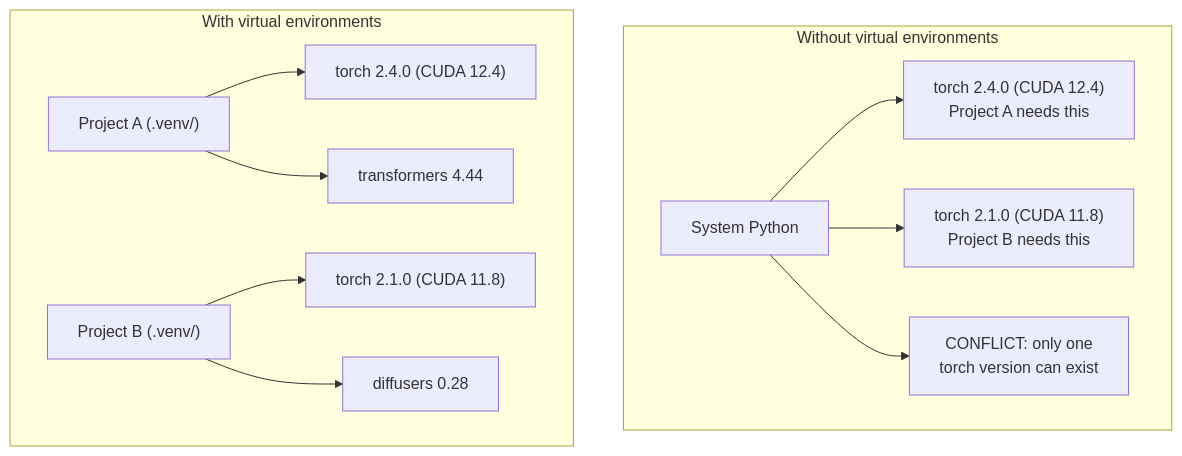
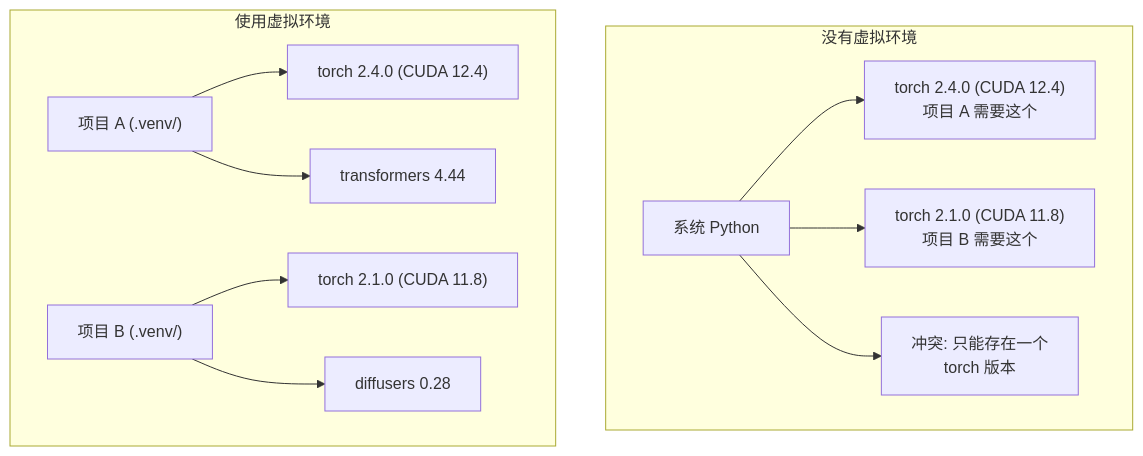
One commit to JerryC8080/ai-engineering-from-scratch-zh changed the diagram in phases/00-setup-and-tooling/06-python-environments/docs/zh.md. Above: the diagram before and after it, drawn with Mermaid. The commit also changed 156 other files, not shown here.

First line of the commit message:
i18n(zh): translate mermaid diagram labels in 157 lesson zh.md

````diff
--- a/phases/00-setup-and-tooling/06-python-environments/docs/zh.md
+++ b/phases/00-setup-and-tooling/06-python-environments/docs/zh.md
@@ -34,15 +34,15 @@
 ```mermaid
 graph TD
-    subgraph without["Without virtual environments"]
-        SP[System Python] --> T24["torch 2.4.0 (CUDA 12.4)\nProject A needs this"]
-        SP --> T21["torch 2.1.0 (CUDA 11.8)\nProject B needs this"]
-        SP --> CONFLICT["CONFLICT: only one\ntorch version can exist"]
+    subgraph without["没有虚拟环境"]
+        SP[系统 Python] --> T24["torch 2.4.0 (CUDA 12.4)\n项目 A 需要这个"]
+        SP --> T21["torch 2.1.0 (CUDA 11.8)\n项目 B 需要这个"]
+        SP --> CONFLICT["冲突: 只能存在一个\ntorch 版本"]
     end
 
-    subgraph with["With virtual environments"]
-        PA["Project A (.venv/)"] --> PA1["torch 2.4.0 (CUDA 12.4)"]
+    subgraph with["使用虚拟环境"]
+        PA["项目 A (.venv/)"] --> PA1["torch 2.4.0 (CUDA 12.4)"]
         PA --> PA2["transformers 4.44"]
-        PB["Project B (.venv/)"] --> PB1["torch 2.1.0 (CUDA 11.8)"]
+        PB["项目 B (.venv/)"] --> PB1["torch 2.1.0 (CUDA 11.8)"]
         PB --> PB2["diffusers 0.28"]
     end
 ```
````
